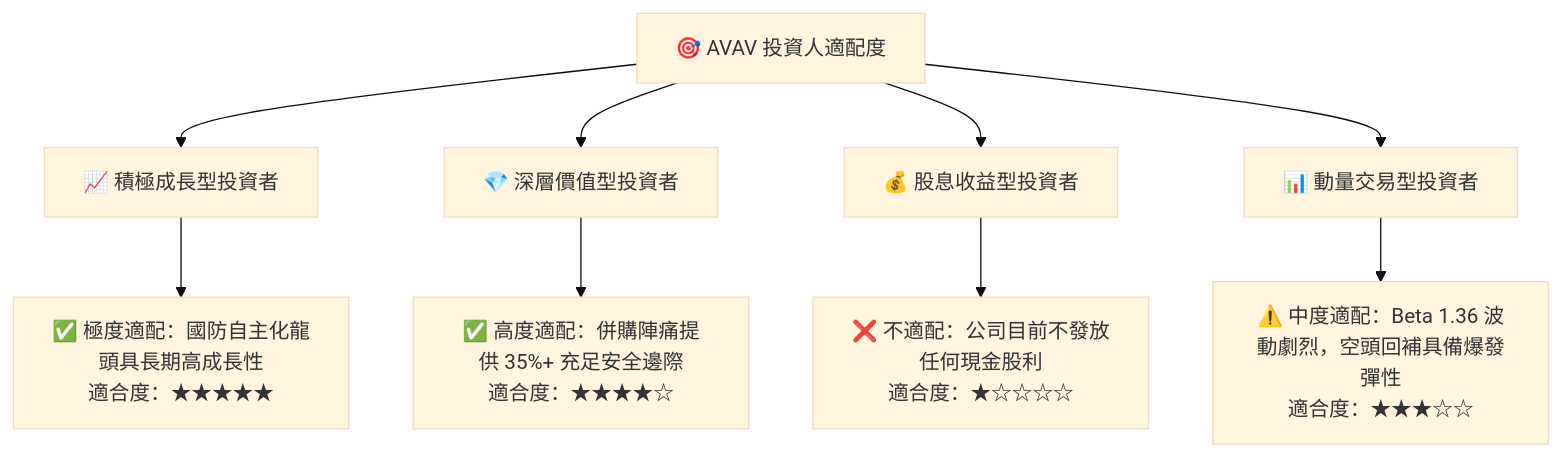
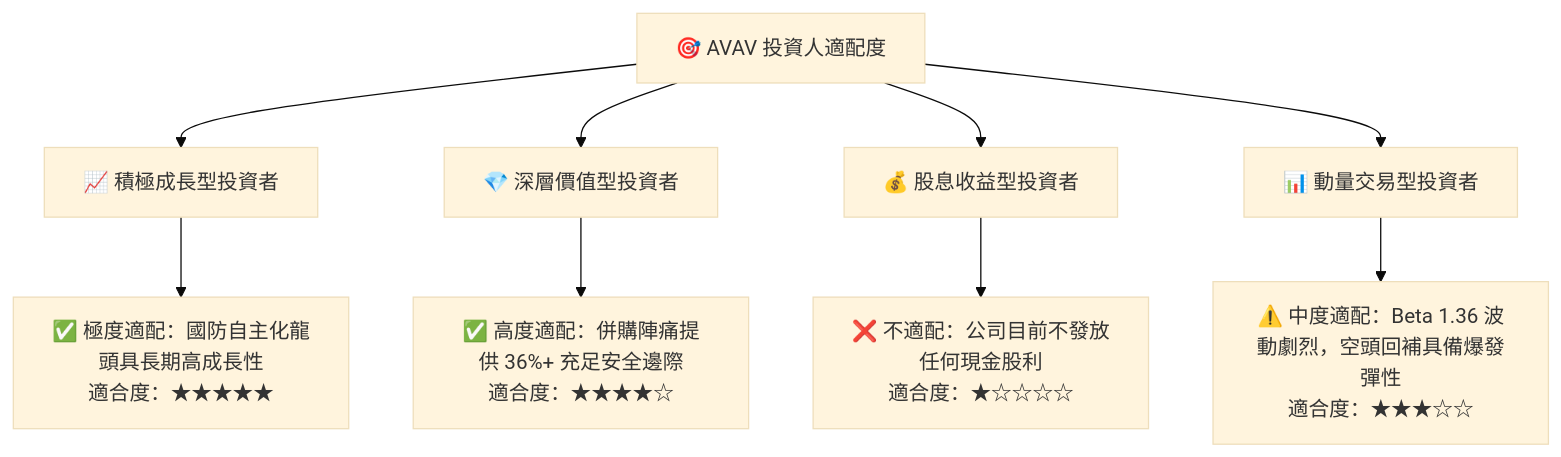
One commit to yennanliu/finance_data changed diagram 15 of 15 in ai_gen_report/fundamental/avav/fundamental_analysis_2026-10-20_gemini.md. Above: the diagram before and after it, drawn with Mermaid (base theme). The commit also changed other lines of this file and 339 other files, not shown here.

````diff
--- a/ai_gen_report/fundamental/avav/fundamental_analysis_2026-10-20_gemini.md
+++ b/ai_gen_report/fundamental/avav/fundamental_analysis_2026-10-20_gemini.md
@@ -1061,14 +1076,14 @@
 ```mermaid
 graph TD
     INV["🎯 AVAV 投資人適配度"]
 
     INV --> G["📈 積極成長型投資者"]
     INV --> V["💎 深層價值型投資者"]
     INV --> D["💰 股息收益型投資者"]
     INV --> T["📊 動量交易型投資者"]
 
     G --> G1["✅ 極度適配：國防自主化龍頭具長期高成長性<br/>適合度：★★★★★"]
-    V --> V1["✅ 高度適配：併購陣痛提供 35%+ 充足安全邊際<br/>適合度：★★★★☆"]
+    V --> V1["✅ 高度適配：併購陣痛提供 36%+ 充足安全邊際<br/>適合度：★★★★☆"]
     D --> D1["❌ 不適配：公司目前不發放任何現金股利<br/>適合度：★☆☆☆☆"]
     T --> T1["⚠️ 中度適配：Beta 1.36 波動劇烈，空頭回補具備爆發彈性<br/>適合度：★★★☆☆"]
 ```
````
